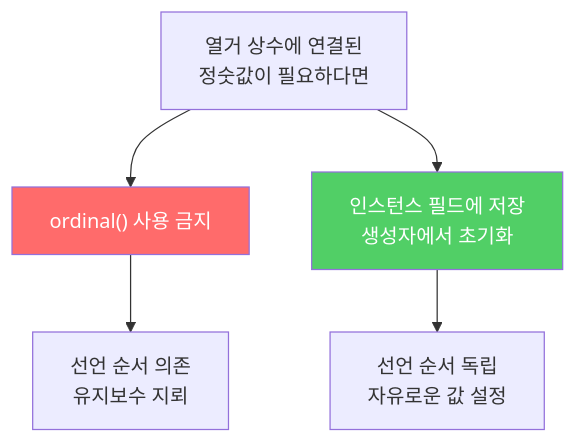
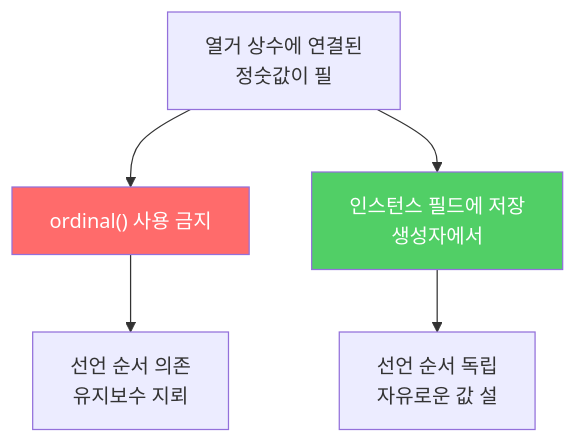
One commit to yjkim2015/yjkim2015.github.io changed the second of 2 diagrams in _posts/java/2022-01-14-effective-java35.md. Above: the diagram before and after it, drawn with Mermaid. The commit also changed other lines of this file and 271 other files, not shown here.

First line of the commit message:
Mermaid 라벨 축소: 긴 노드 텍스트 18자 이하로 트림 + \n 제거

````diff
--- a/_posts/java/2022-01-14-effective-java35.md
+++ b/_posts/java/2022-01-14-effective-java35.md
@@ -86,9 +86,9 @@
 ```mermaid
 graph TD
-    A["열거 상수에 연결된\n정숫값이 필요하다면"] --> B["ordinal() 사용 금지"]
-    A --> C["인스턴스 필드에 저장\n생성자에서 초기화"]
+    A["열거 상수에 연결된\n정숫값이 필"] --> B["ordinal() 사용 금지"]
+    A --> C["인스턴스 필드에 저장\n생성자에서"]
     B --> D["선언 순서 의존\n유지보수 지뢰"]
-    C --> E["선언 순서 독립\n자유로운 값 설정"]
+    C --> E["선언 순서 독립\n자유로운 값 설"]
     style B fill:#ff6b6b,color:#fff
     style C fill:#51cf66,color:#fff
 ```
````
